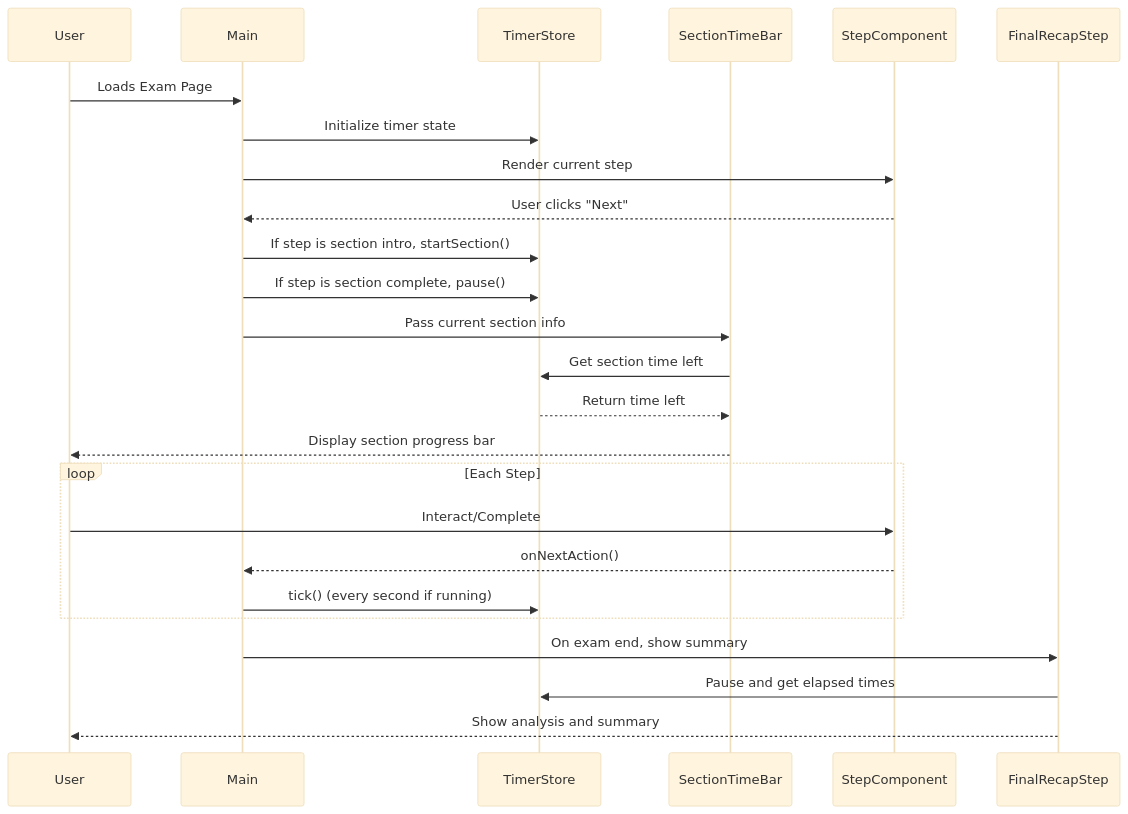
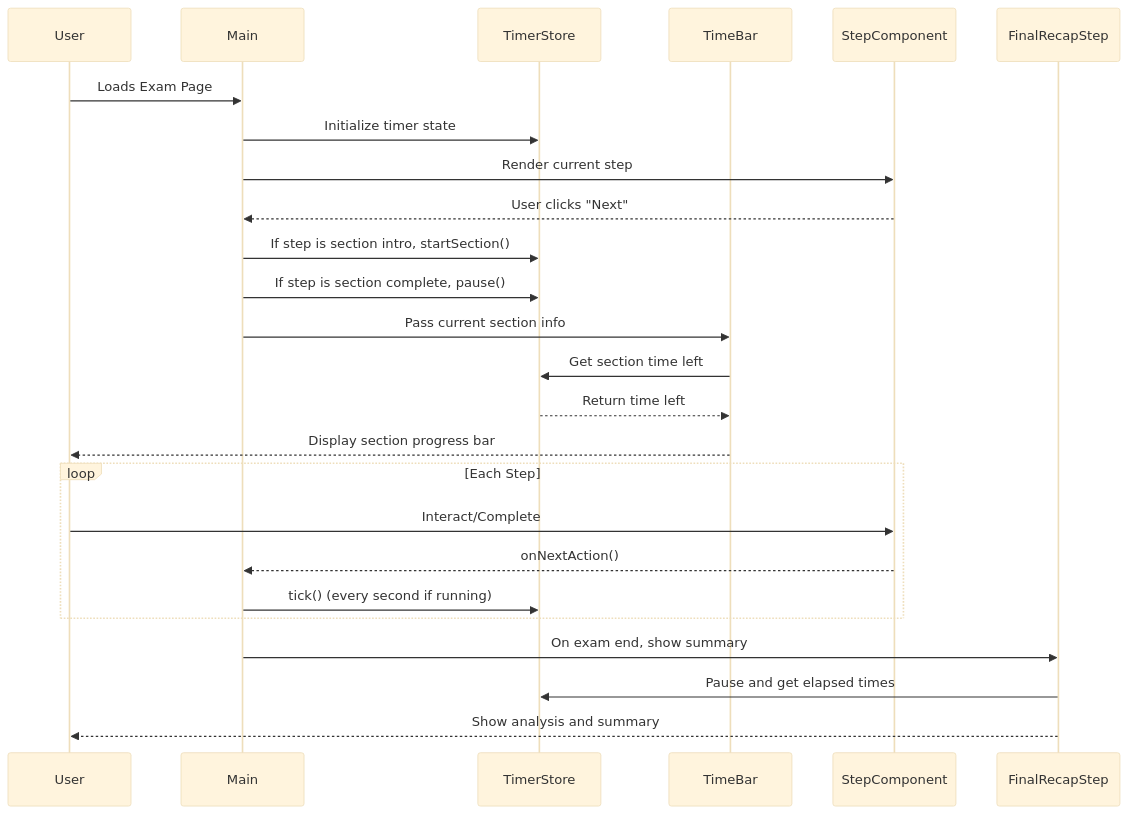
The diagram in README.md (AlbertoBarrago/exam-stepper), drawn with Mermaid (base theme) before and after one commit. The commit also changed 4 other files, not shown here.

First line of the commit message:
♻️ refactor: Rename `SectionTimeBar` to `TimeBar` and relocate `Main` in `exam/[attemptId]`

````diff
--- a/README.md
+++ b/README.md
@@ -65,27 +65,27 @@
 ```mermaid
 sequenceDiagram
     participant User
     participant Main
     participant TimerStore
-    participant SectionTimeBar
+    participant TimeBar
     participant StepComponent
 
     User->>Main: Loads Exam Page
     Main->>TimerStore: Initialize timer state
     Main->>StepComponent: Render current step
     StepComponent-->>Main: User clicks "Next"
     Main->>TimerStore: If step is section intro, startSection()
     Main->>TimerStore: If step is section complete, pause()
-    Main->>SectionTimeBar: Pass current section info
-    SectionTimeBar->>TimerStore: Get section time left
-    TimerStore-->>SectionTimeBar: Return time left
-    SectionTimeBar-->>User: Display section progress bar
+    Main->>TimeBar: Pass current section info
+    TimeBar->>TimerStore: Get section time left
+    TimerStore-->>TimeBar: Return time left
+    TimeBar-->>User: Display section progress bar
     loop Each Step
       User->>StepComponent: Interact/Complete
       StepComponent-->>Main: onNextAction()
       Main->>TimerStore: tick() (every second if running)
     end
     Main->>FinalRecapStep: On exam end, show summary
     FinalRecapStep->>TimerStore: Pause and get elapsed times
     FinalRecapStep-->>User: Show analysis and summary
 ```
````
